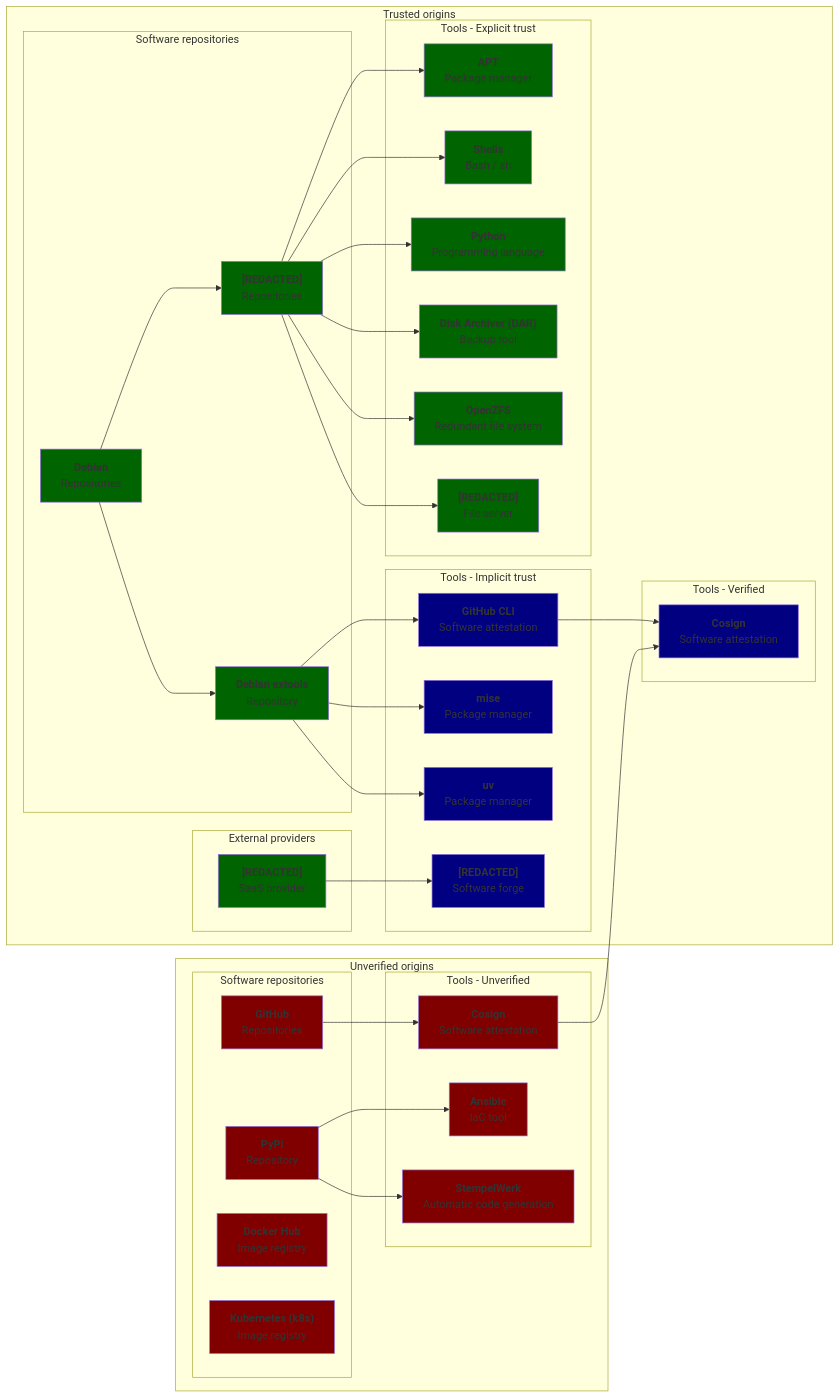
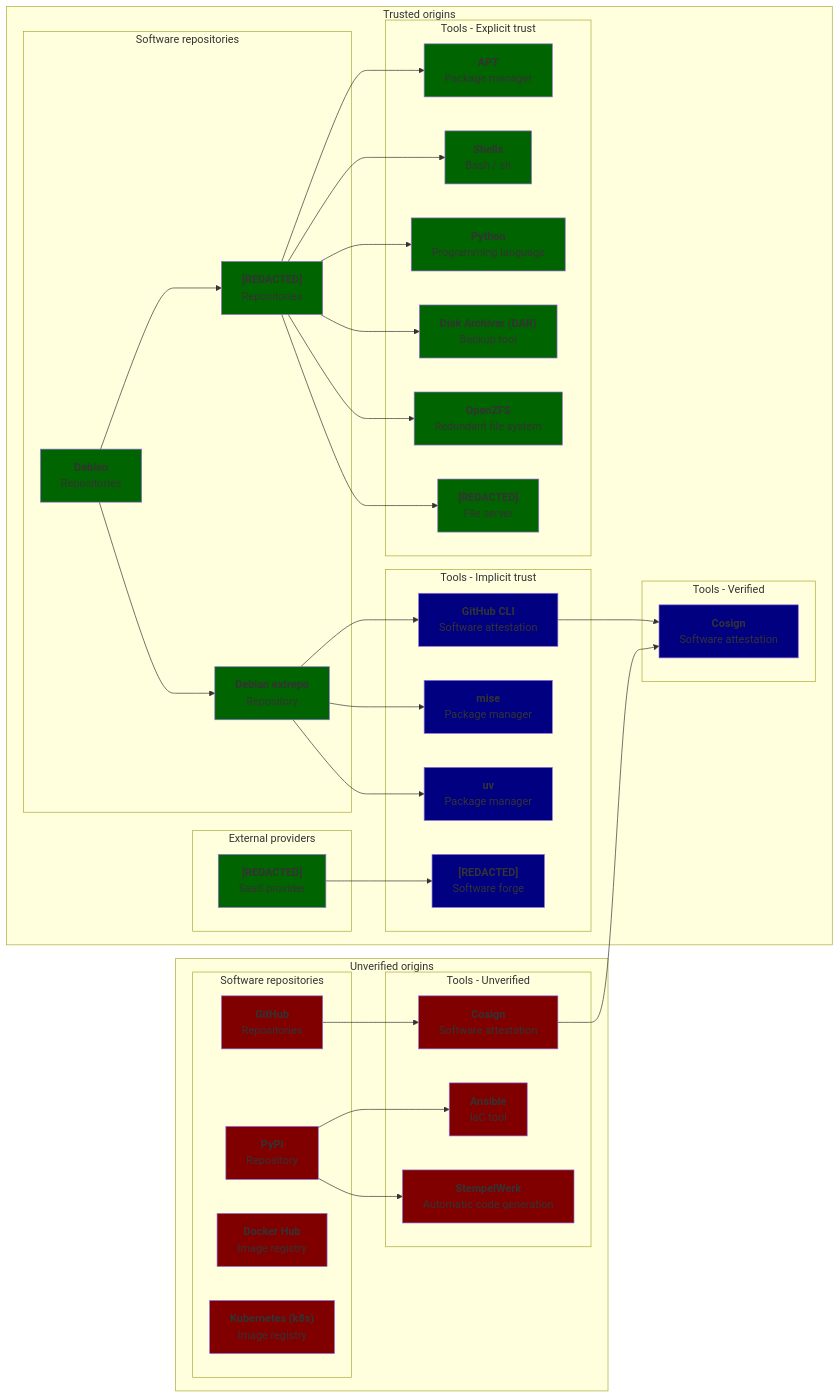
The diagram in doc/security/supply_chain_risk.md (mzuther/HomelabArchitecture), drawn with Mermaid before and after one commit.

Commit message:
fix: `extools` repo is actually called `extrepo`

````diff
--- a/doc/security/supply_chain_risk.md
+++ b/doc/security/supply_chain_risk.md
@@ -5,57 +5,57 @@
 ```mermaid
 flowchart LR
     classDef explicit_trust fill:DarkGreen;
     classDef implicit_trust fill:Navy;
     classDef unverified fill:Maroon;
 
     subgraph UnverifiedOrigins["Unverified origins"]
         subgraph UnverifiedRepositoryOrigins["Software repositories"]
             GitHubUnverified["`**GitHub**<br>Repositories`"]:::unverified
             PyPiUnverified["`**PyPi**<br>Repository`"]:::unverified
             DockerHubUnverified["`**Docker Hub**<br>Image registry`"]:::unverified
             K8sHubUnverified["`**Kubernetes (k8s)**<br>Image registry`"]:::unverified
         end
 
         subgraph UnverifiedTools["Tools - Unverified"]
             GitHubUnverified --> CosignUnverified["`**Cosign**<br>Software attestation`"]:::unverified
 
             PyPiUnverified --> Ansible["`**Ansible**<br>IaC tool`"]:::unverified
             PyPiUnverified --> StempelWerk["`**StempelWerk**<br>Automatic code generation`"]:::unverified
         end
     end
 
     subgraph TrustedOrigins["Trusted origins"]
         subgraph ExplicitlyTrustedHosting["External providers"]
             SaasProvider["`**[REDACTED]**<br>SaaS provider`"]:::explicit_trust
         end
 
         subgraph TrustedRepositoryOrigins["Software repositories"]
             DebianRepositories["`**Debian**<br>Repositories`"]:::explicit_trust --> OSRepositories["`**[REDACTED]**<br>Repositories`"]:::explicit_trust
 
-            DebianRepositories --> DebianExtools["`**Debian extools**<br>Repository`"]:::explicit_trust
+            DebianRepositories --> DebianExtrepo["`**Debian extrepo**<br>Repository`"]:::explicit_trust
         end
 
         subgraph ExplicitlyTrustedSystemTools["Tools - Explicit trust"]
             OSRepositories --> APT["`**APT**<br>Package manager`"]:::explicit_trust
             OSRepositories --> Shell["`**Shells**<br>Bash / sh`"]:::explicit_trust
             OSRepositories --> Python["`**Python**<br>Programming language`"]:::explicit_trust
 
             OSRepositories --> DiskArchiver["`**Disk Archiver (DAR)**<br>Backup tool`"]:::explicit_trust
             OSRepositories --> OpenZfs["`**OpenZFS**<br>Redundant file system`"]:::explicit_trust
             OSRepositories --> FileServer["`**[REDACTED]**<br>File server`"]:::explicit_trust
         end
 
         subgraph ImplicitlyTrustedTools["Tools - Implicit trust"]
-            DebianExtools --> GitHubCLI["`**GitHub CLI**<br>Software attestation`"]:::implicit_trust
-            DebianExtools --> Mise["`**mise**<br>Package manager`"]:::implicit_trust
-            DebianExtools --> UV["`**uv**<br>Package manager`"]:::implicit_trust
+            DebianExtrepo --> GitHubCLI["`**GitHub CLI**<br>Software attestation`"]:::implicit_trust
+            DebianExtrepo --> Mise["`**mise**<br>Package manager`"]:::implicit_trust
+            DebianExtrepo --> UV["`**uv**<br>Package manager`"]:::implicit_trust
 
             SaasProvider --> SoftwareForge["`**[REDACTED]**<br>Software forge`"]:::implicit_trust
         end
 
         subgraph VerifiedTools["Tools - Verified"]
             CosignUnverified --> Cosign["`**Cosign**<br>Software attestation`"]:::implicit_trust
             GitHubCLI --> Cosign
         end
     end
 ```
````
